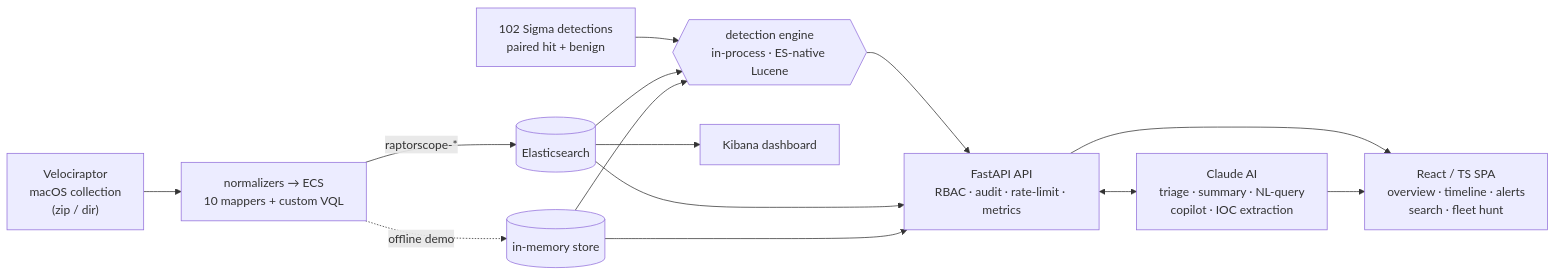
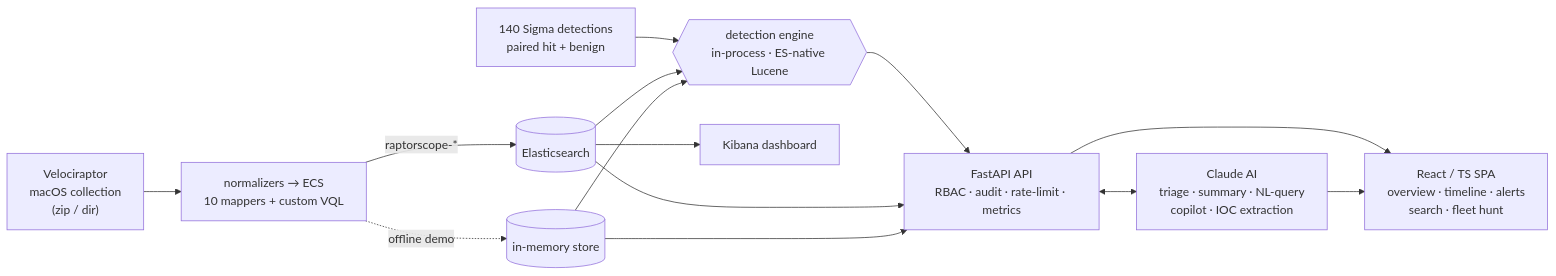
One commit to cac0ns3c/Raptorscope changed the diagram in README.md. Above: the diagram before and after it, drawn with Mermaid. The commit also changed other lines of this file and 44 other files, not shown here.

````diff
--- a/README.md
+++ b/README.md
@@ -56,16 +56,16 @@
 ```mermaid
 flowchart LR
   VR["Velociraptor<br/>macOS collection<br/>(zip / dir)"] --> N["normalizers → ECS<br/>10 mappers + custom VQL"]
   N -->|"raptorscope-*"| ES[("Elasticsearch")]
   N -.->|"offline demo"| MEM[("in-memory store")]
-  RULES["102 Sigma detections<br/>paired hit + benign"] --> DET
+  RULES["140 Sigma detections<br/>paired hit + benign"] --> DET
   ES --> DET{{"detection engine<br/>in-process · ES-native Lucene"}}
   MEM --> DET
   DET --> API["FastAPI API<br/>RBAC · audit · rate-limit · metrics"]
   ES --> API
   MEM --> API
   API --> SPA["React / TS SPA<br/>overview · timeline · alerts<br/>search · fleet hunt"]
   API <--> AI["Claude AI<br/>triage · summary · NL-query<br/>copilot · IOC extraction"]
   AI --> SPA
   ES --> KB["Kibana dashboard"]
 ```
````
